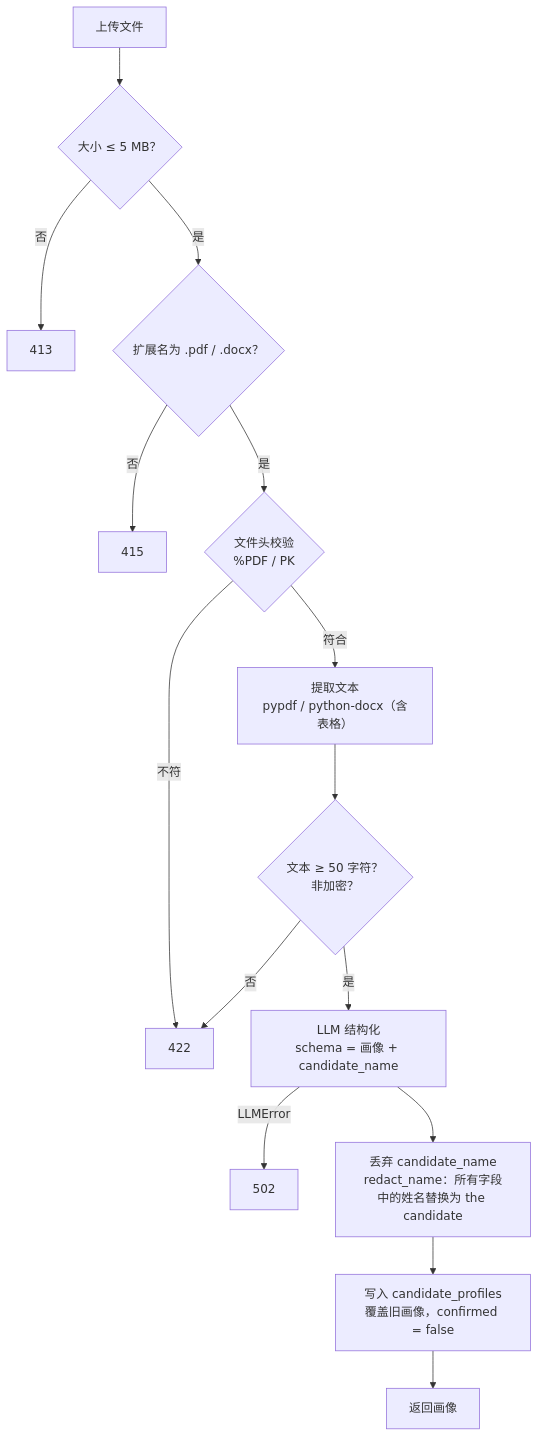
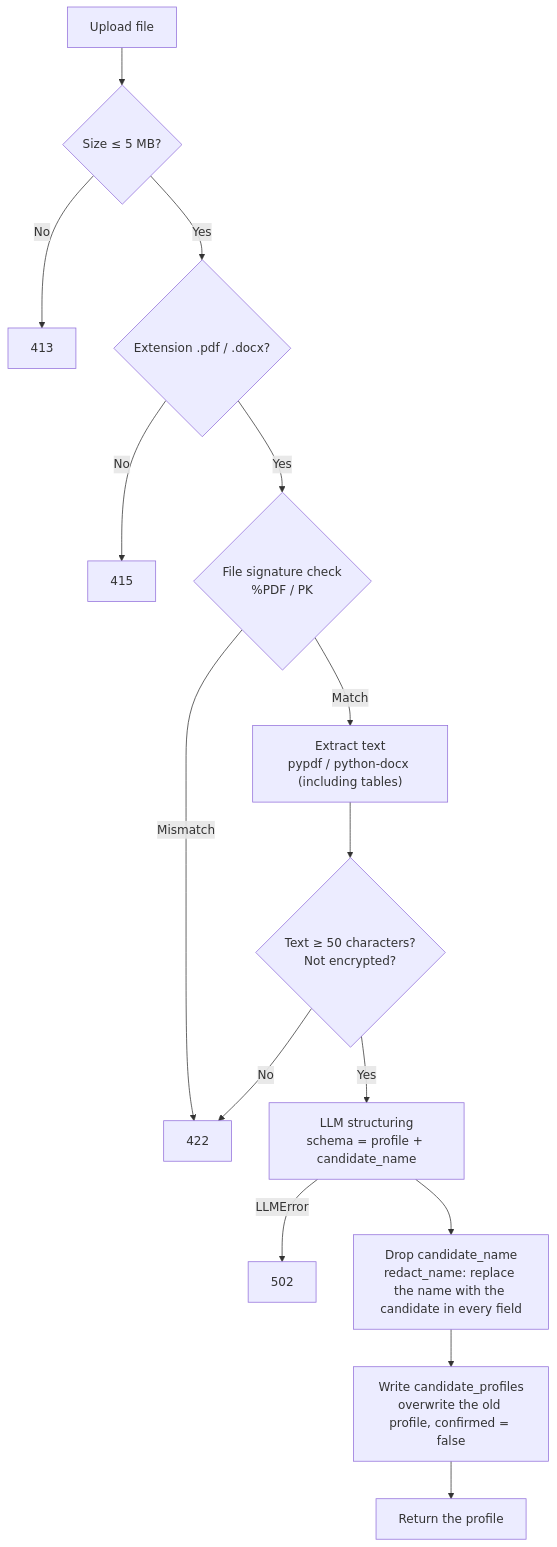
Before and after one commit to TuringChicken/JobPilot: the fourth of 7 diagrams in docs/BACKEND.md, drawn with Mermaid. The commit also changed other lines of this file and 3 other files, not shown here.

````diff
--- a/docs/BACKEND.md
+++ b/docs/BACKEND.md
@@ -93,17 +93,17 @@
 ```mermaid
 flowchart TD
-    A["上传文件"] --> B{"大小 ≤ 5 MB？"}
-    B -->|"否"| X1["413"]
-    B -->|"是"| C{"扩展名为 .pdf / .docx？"}
-    C -->|"否"| X2["415"]
-    C -->|"是"| D{"文件头校验<br/>%PDF / PK"}
-    D -->|"不符"| X3["422"]
-    D -->|"符合"| E["提取文本<br/>pypdf / python-docx（含表格）"]
-    E --> F{"文本 ≥ 50 字符？<br/>非加密？"}
-    F -->|"否"| X3
-    F -->|"是"| G["LLM 结构化<br/>schema = 画像 + candidate_name"]
+    A["Upload file"] --> B{"Size ≤ 5 MB?"}
+    B -->|"No"| X1["413"]
+    B -->|"Yes"| C{"Extension .pdf / .docx?"}
+    C -->|"No"| X2["415"]
+    C -->|"Yes"| D{"File signature check<br/>%PDF / PK"}
+    D -->|"Mismatch"| X3["422"]
+    D -->|"Match"| E["Extract text<br/>pypdf / python-docx (including tables)"]
+    E --> F{"Text ≥ 50 characters?<br/>Not encrypted?"}
+    F -->|"No"| X3
+    F -->|"Yes"| G["LLM structuring<br/>schema = profile + candidate_name"]
     G -->|"LLMError"| X4["502"]
-    G --> H["丢弃 candidate_name<br/>redact_name：所有字段中的姓名替换为 the candidate"]
-    H --> I["写入 candidate_profiles<br/>覆盖旧画像，confirmed = false"]
-    I --> J["返回画像"]
+    G --> H["Drop candidate_name<br/>redact_name: replace the name with the candidate in every field"]
+    H --> I["Write candidate_profiles<br/>overwrite the old profile, confirmed = false"]
+    I --> J["Return the profile"]
 ```
````
